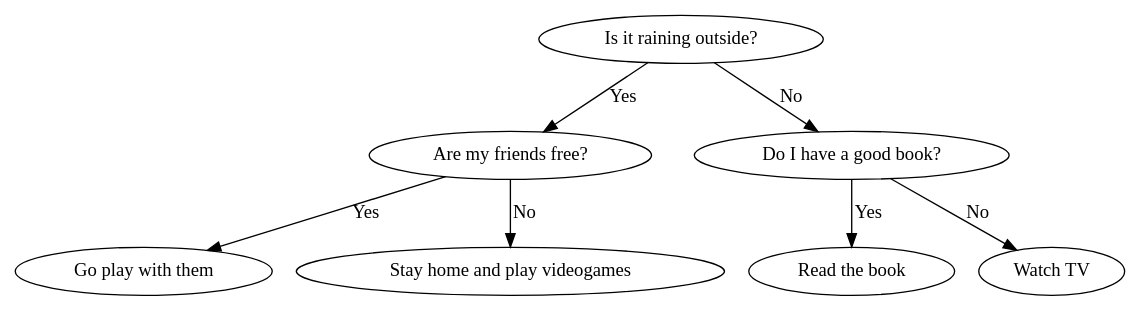
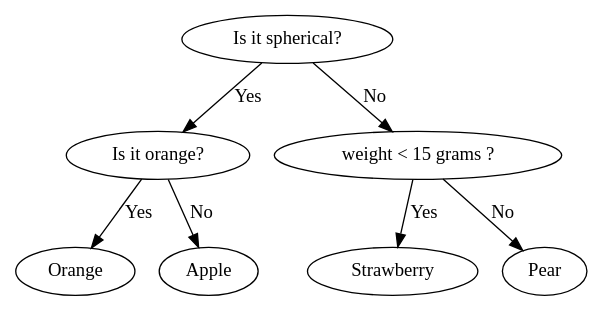
One commit to tupini07/Master-Thesis changed the diagram in scripts/decision_tree.dot. Above: the diagram before and after it, drawn with Graphviz. The commit also changed other lines of this file and 1 other file, not shown here.

```diff
--- a/scripts/decision_tree.dot
+++ b/scripts/decision_tree.dot
@@ -1,14 +1,12 @@
 digraph decisionTree{
 
-"Is it raining outside?" -> "Are my friends free?" [label="Yes"];
-"Is it raining outside?" -> "Do I have a good book?" [label="No"];
+"Is it spherical?" -> "Is it orange?" [label="Yes"];
+"Is it spherical?" -> "weight < 15 grams ?" [label="No"];
 
-"Are my friends free?" -> "Go play with them" [label="Yes"];
-"Are my friends free?" -> "Stay home and play videogames" [label="No"];
+"Is it orange?" -> "Orange" [label="Yes"];
+"Is it orange?" -> "Apple" [label="No"];
 
-"Do I have a good book?" -> "Read the book" [label="Yes"];
-"Do I have a good book?" -> "Watch TV" [label="No"];
+"weight < 15 grams ?" -> "Strawberry" [label="Yes"];
+"weight < 15 grams ?" -> "Pear" [label="No"];
 
-
-    
 }
```
